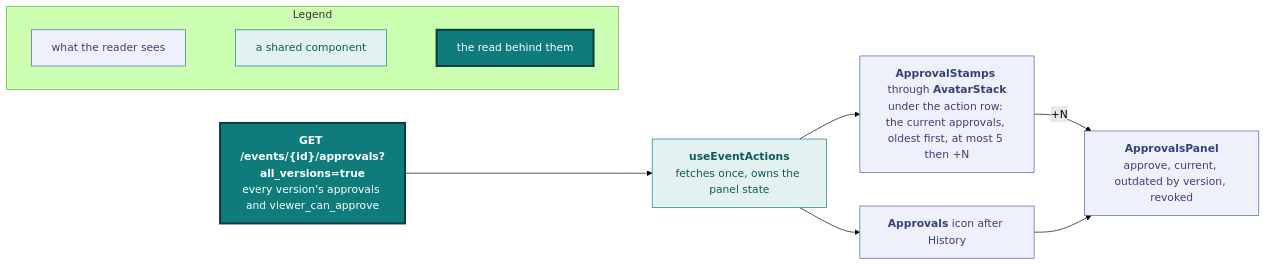
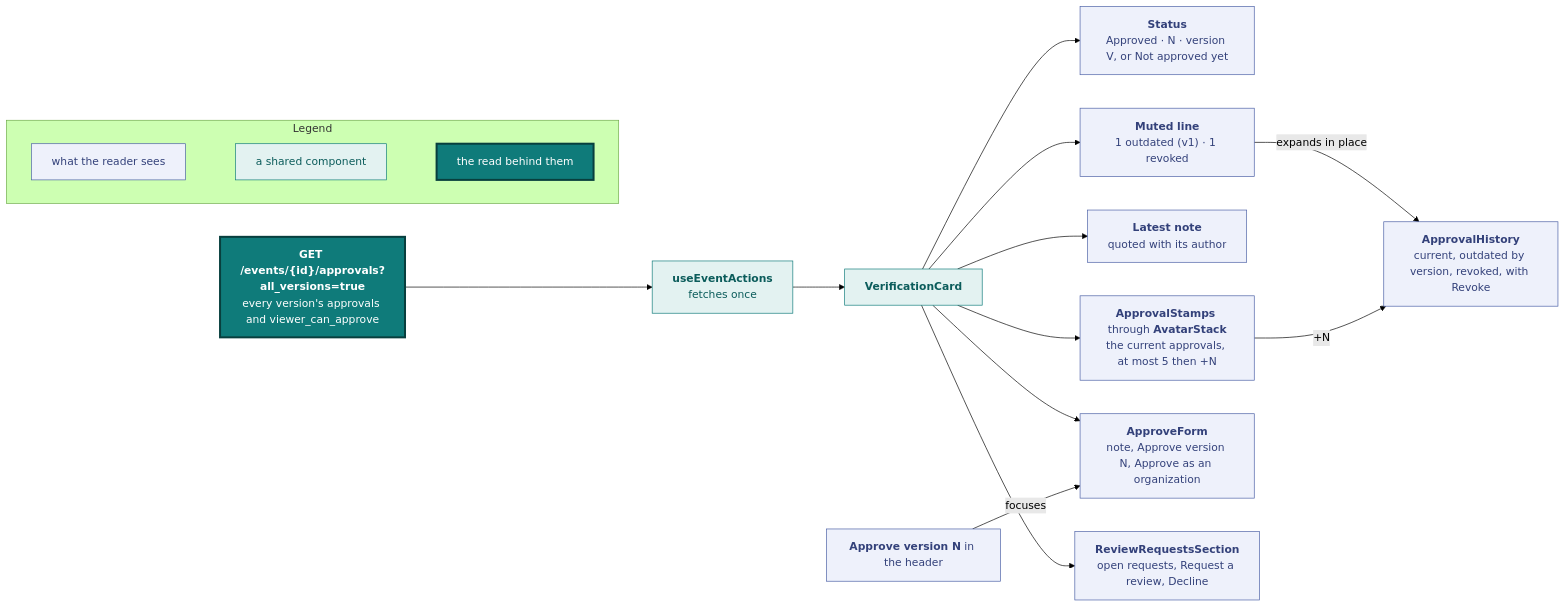
Before and after one commit to vidithq/vidit: the fifth of 9 diagrams in docs/design.md, drawn with Mermaid (forest theme). The commit also changed other lines of this file and 23 other files, not shown here.

First line of the commit message:
feat: rework the event page header and add a verification panel

````diff
--- a/docs/design.md
+++ b/docs/design.md
@@ -461,30 +522,47 @@
 ```mermaid
 flowchart LR
   classDef spec fill:#eef1fb,stroke:#4a5fa5,color:#33417a
   classDef shared fill:#e3f2f1,stroke:#0f7b7a,color:#0b5c5b
   classDef core fill:#0f7b7a,stroke:#083f3e,stroke-width:3px,color:#ffffff
 
   subgraph legend [Legend]
     direction LR
     l1["`what the reader sees`"]:::spec
     l2["`a shared component`"]:::shared
     l3["`the read behind them`"]:::core
     l1 ~~~ l2 ~~~ l3
   end
 
   read["`**GET /events/{id}/approvals?all_versions=true**
   every version's approvals and viewer_can_approve`"]:::core
   hook["`**useEventActions**
-  fetches once, owns the panel state`"]:::shared
+  fetches once`"]:::shared
+  card["`**VerificationCard**`"]:::shared
+
+  status["`**Status**
+  Approved · N · version V, or Not approved yet`"]:::spec
   stamps["`**ApprovalStamps** through **AvatarStack**
-  under the action row: the current approvals, oldest first, at most 5 then +N`"]:::spec
-  trigger["`**Approvals** icon after History`"]:::spec
-  panel["`**ApprovalsPanel**
-  approve, current, outdated by version, revoked`"]:::spec
+  the current approvals, at most 5 then +N`"]:::spec
+  note["`**Latest note**
+  quoted with its author`"]:::spec
+  line["`**Muted line**
+  1 outdated (v1) · 1 revoked`"]:::spec
+  history["`**ApprovalHistory**
+  current, outdated by version, revoked, with Revoke`"]:::spec
+  form["`**ApproveForm**
+  note, Approve version N, Approve as an organization`"]:::spec
+  requests["`**ReviewRequestsSection**
+  open requests, Request a review, Decline`"]:::spec
+  shortcut["`**Approve version N** in the header`"]:::spec
 
-  read --> hook
-  hook --> stamps
-  hook --> trigger
-  stamps -- "+N" --> panel
-  trigger --> panel
+  read --> hook --> card
+  card --> status
+  card --> stamps
+  card --> note
+  card --> line
+  card --> form
+  card --> requests
+  line -->|"expands in place"| history
+  stamps -->|"+N"| history
+  shortcut -->|"focuses"| form
 ```
````
